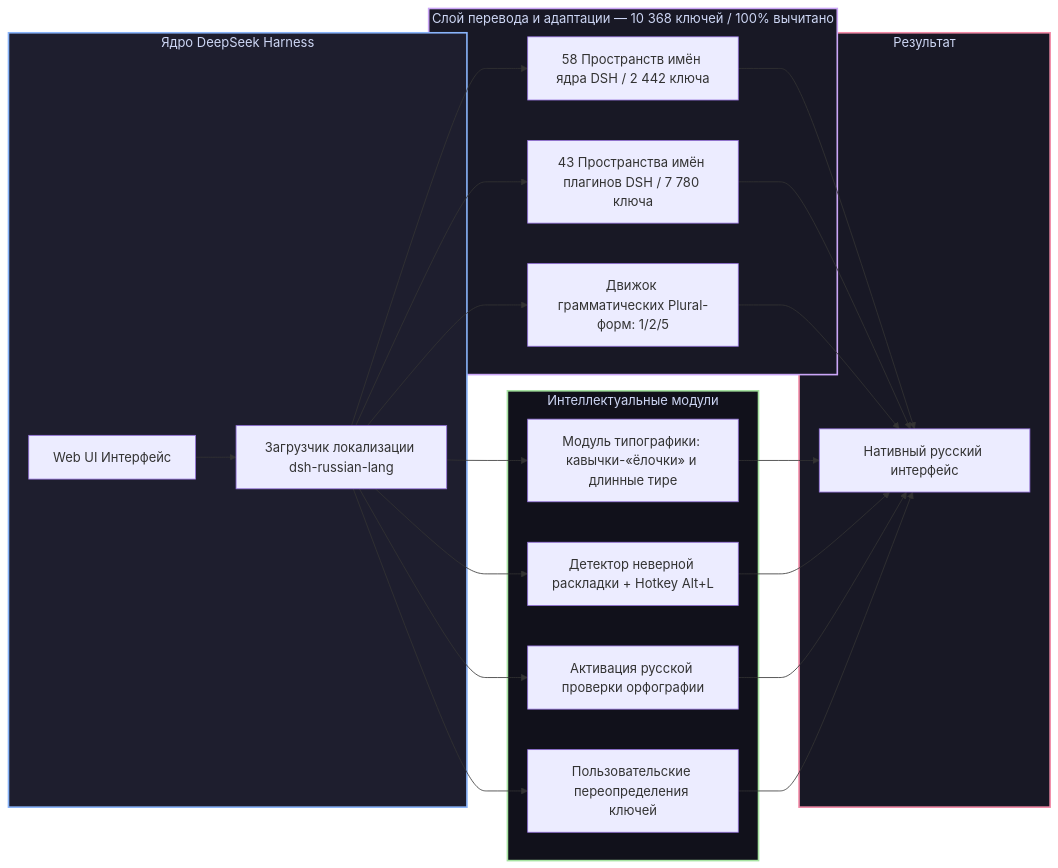
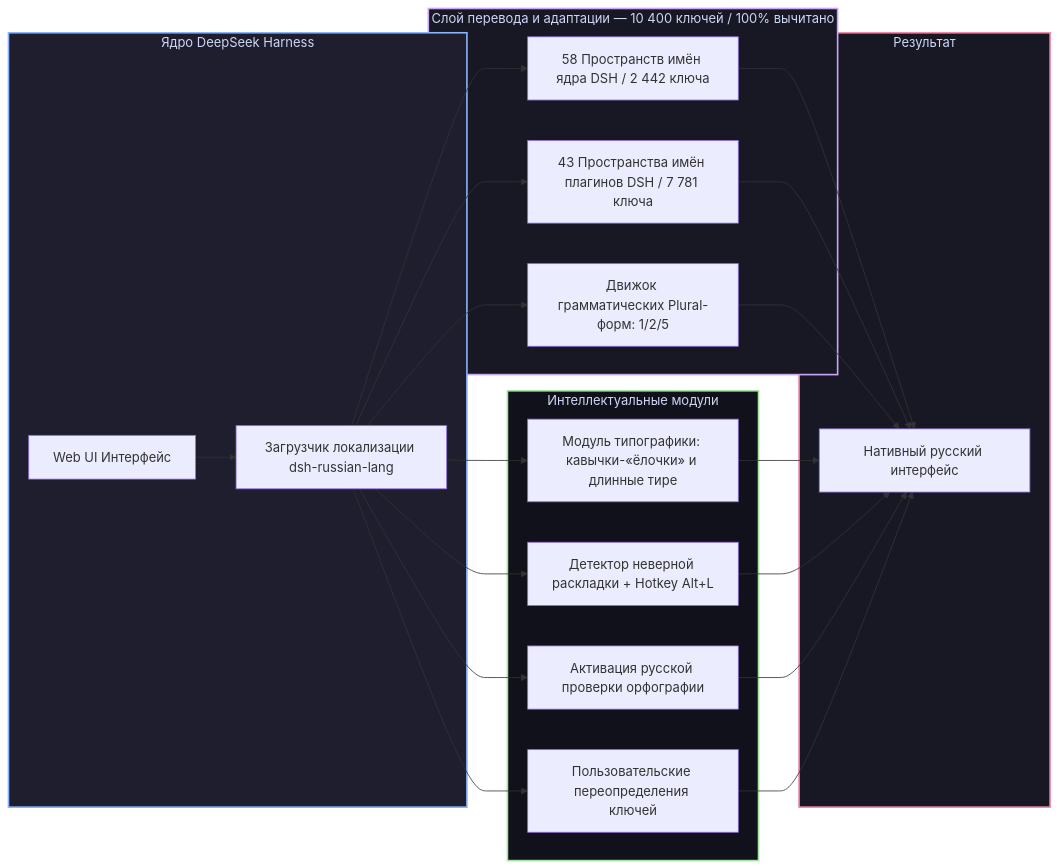
One commit to GooDAnDReaDY/dsh-russian-lang changed the diagram in README.md. Above: the diagram before and after it, drawn with Mermaid. The commit also changed other lines of this file and 8 other files, not shown here.

````diff
--- a/README.md
+++ b/README.md
@@ -49,34 +49,34 @@
 ```mermaid
 graph LR
     subgraph DSHCore [Ядро DeepSeek Harness]
         DSH[Web UI Интерфейс] --> Loader[Загрузчик локализации dsh-russian-lang]
     end
 
-    subgraph TranslationLayer [Слой перевода и адаптации — 10 368 ключей / 100% вычитано]
+    subgraph TranslationLayer [Слой перевода и адаптации — 10 400 ключей / 100% вычитано]
         Loader --> CoreDict[58 Пространств имён ядра DSH / 2 442 ключа]
-        Loader --> PluginDict[43 Пространства имён плагинов DSH / 7 780 ключа]
+        Loader --> PluginDict[43 Пространства имён плагинов DSH / 7 781 ключа]
         Loader --> PluralEngine[Движок грамматических Plural-форм: 1/2/5]
     end
 
     subgraph SmartFeatures [Интеллектуальные модули]
         Loader --> Typo[Модуль типографики: кавычки-«ёлочки» и длинные тире]
         Loader --> LayoutFix[Детектор неверной раскладки + Hotkey Alt+L]
         Loader --> Spell[Активация русской проверки орфографии]
         Loader --> Overrides[Пользовательские переопределения ключей]
     end
 
     subgraph Result [Результат]
         CoreDict --> NativeUI[Нативный русский интерфейс]
         PluginDict --> NativeUI
         PluralEngine --> NativeUI
         Typo --> NativeUI
         LayoutFix --> NativeUI
         Spell --> NativeUI
         Overrides --> NativeUI
     end
 
     style DSHCore fill:#1e1e2e,stroke:#89b4fa,stroke-width:2px,color:#cdd6f4
     style TranslationLayer fill:#181825,stroke:#cba6f7,stroke-width:2px,color:#cdd6f4
     style SmartFeatures fill:#11111b,stroke:#a6e3a1,stroke-width:2px,color:#cdd6f4
     style Result fill:#181825,stroke:#f38ba8,stroke-width:2px,color:#cdd6f4
 ```
````
